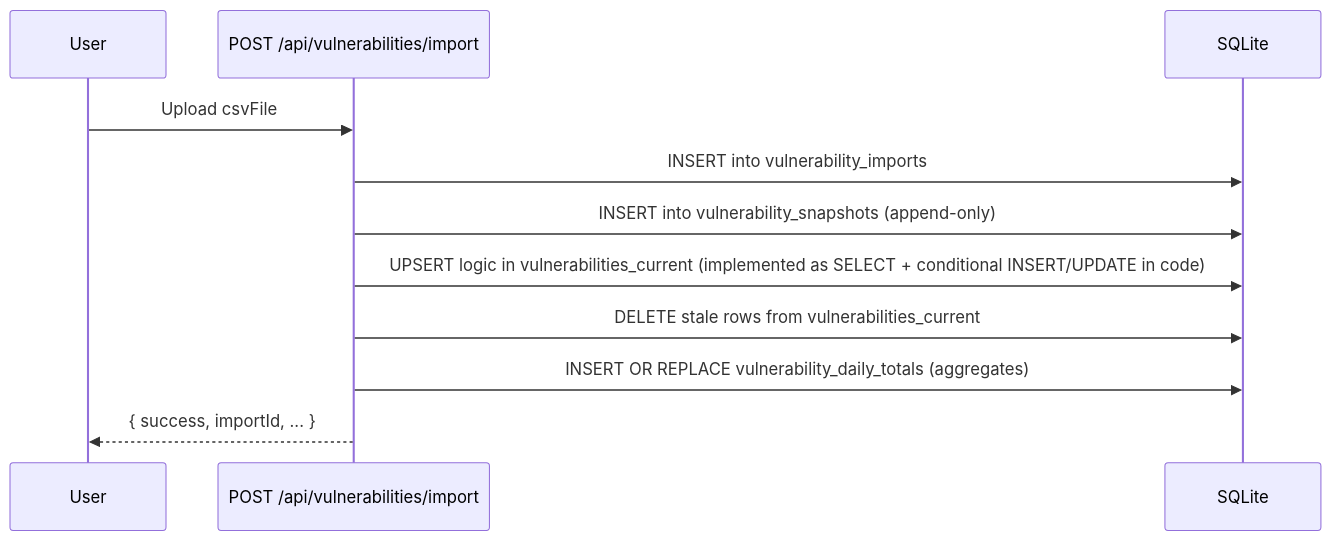
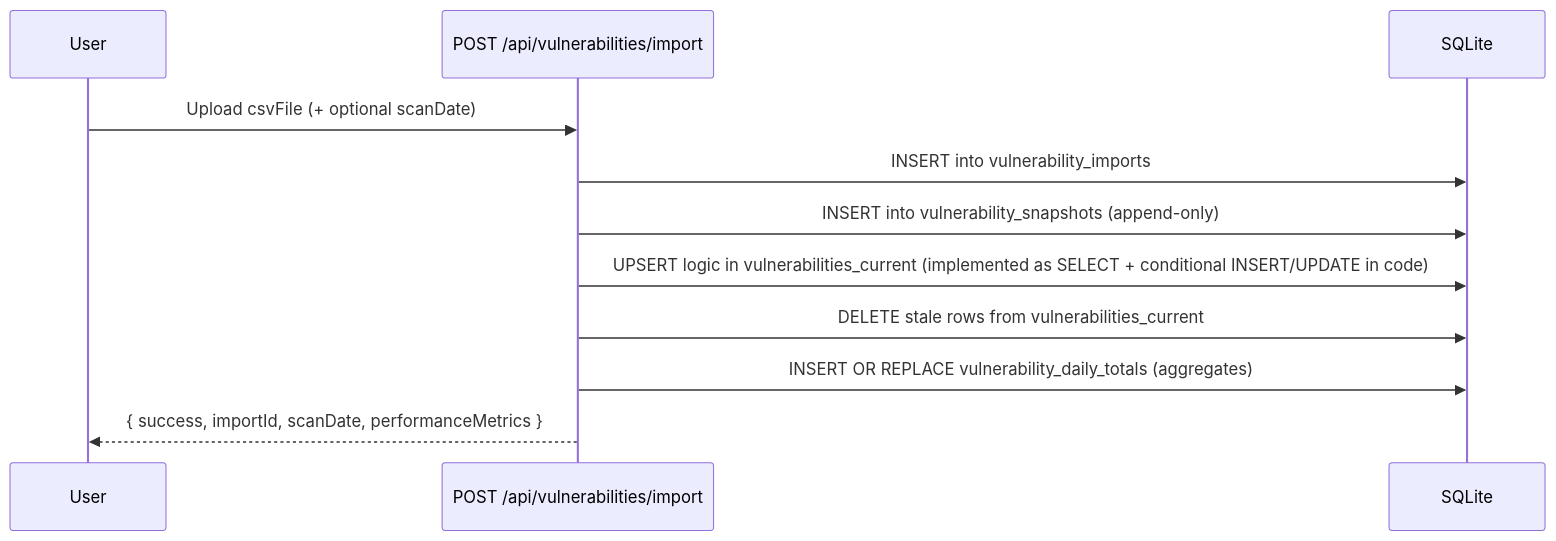
Before and after one commit to lbruton/HexTrackr: the second of 3 diagrams in app/public/docs-source/architecture/database.md, drawn with Mermaid. The commit also changed other lines of this file and 53 other files, not shown here.

````diff
--- a/app/public/docs-source/architecture/database.md
+++ b/app/public/docs-source/architecture/database.md
@@ -155,14 +155,14 @@
 ```mermaid
 sequenceDiagram
     participant User
     participant API as POST /api/vulnerabilities/import
     participant DB as SQLite
 
-    User->>API: Upload csvFile
+    User->>API: Upload csvFile (+ optional scanDate)
     API->>DB: INSERT into vulnerability_imports
     API->>DB: INSERT into vulnerability_snapshots (append-only)
     API->>DB: UPSERT logic in vulnerabilities_current (implemented as SELECT + conditional INSERT/UPDATE in code)
     API->>DB: DELETE stale rows from vulnerabilities_current
     API->>DB: INSERT OR REPLACE vulnerability_daily_totals (aggregates)
-    API-->>User: { success, importId, ... }
+    API-->>User: { success, importId, scanDate, performanceMetrics }
 ```
````
